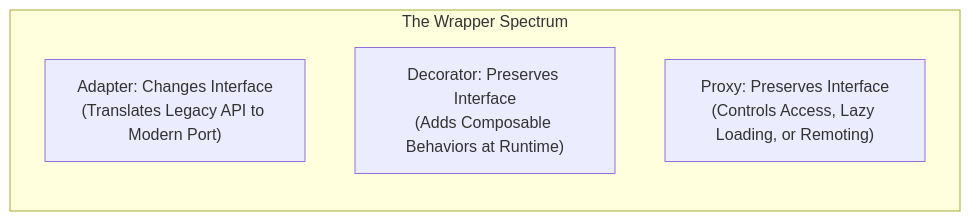
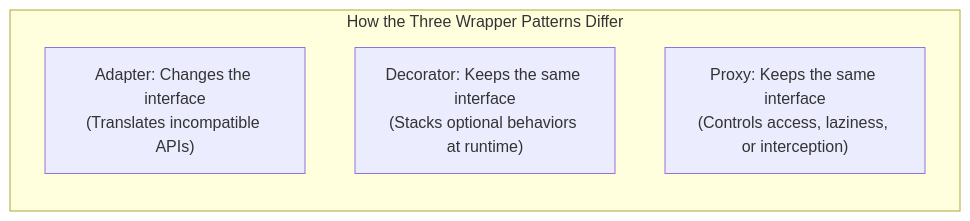
The first of 5 diagrams in content/roadmap/level-6/structural-patterns.md (ravishankar2463/java_hub), drawn with Mermaid before and after one commit. The commit also changed other lines of this file and 119 other files, not shown here.

Commit message:
feat: add comprehensive java learning roadmap content across multiple levels

````diff
--- a/content/roadmap/level-6/structural-patterns.md
+++ b/content/roadmap/level-6/structural-patterns.md
@@ -14,8 +14,8 @@
 ```mermaid
 flowchart LR
-    subgraph "The Wrapper Spectrum"
-        A["Adapter: Changes Interface<br/>(Translates Legacy API to Modern Port)"]
-        D["Decorator: Preserves Interface<br/>(Adds Composable Behaviors at Runtime)"]
-        P["Proxy: Preserves Interface<br/>(Controls Access, Lazy Loading, or Remoting)"]
+    subgraph "How the Three Wrapper Patterns Differ"
+        A["Adapter: Changes the interface<br/>(Translates incompatible APIs)"]
+        D["Decorator: Keeps the same interface<br/>(Stacks optional behaviors at runtime)"]
+        P["Proxy: Keeps the same interface<br/>(Controls access, laziness, or interception)"]
     end
 ```
````
